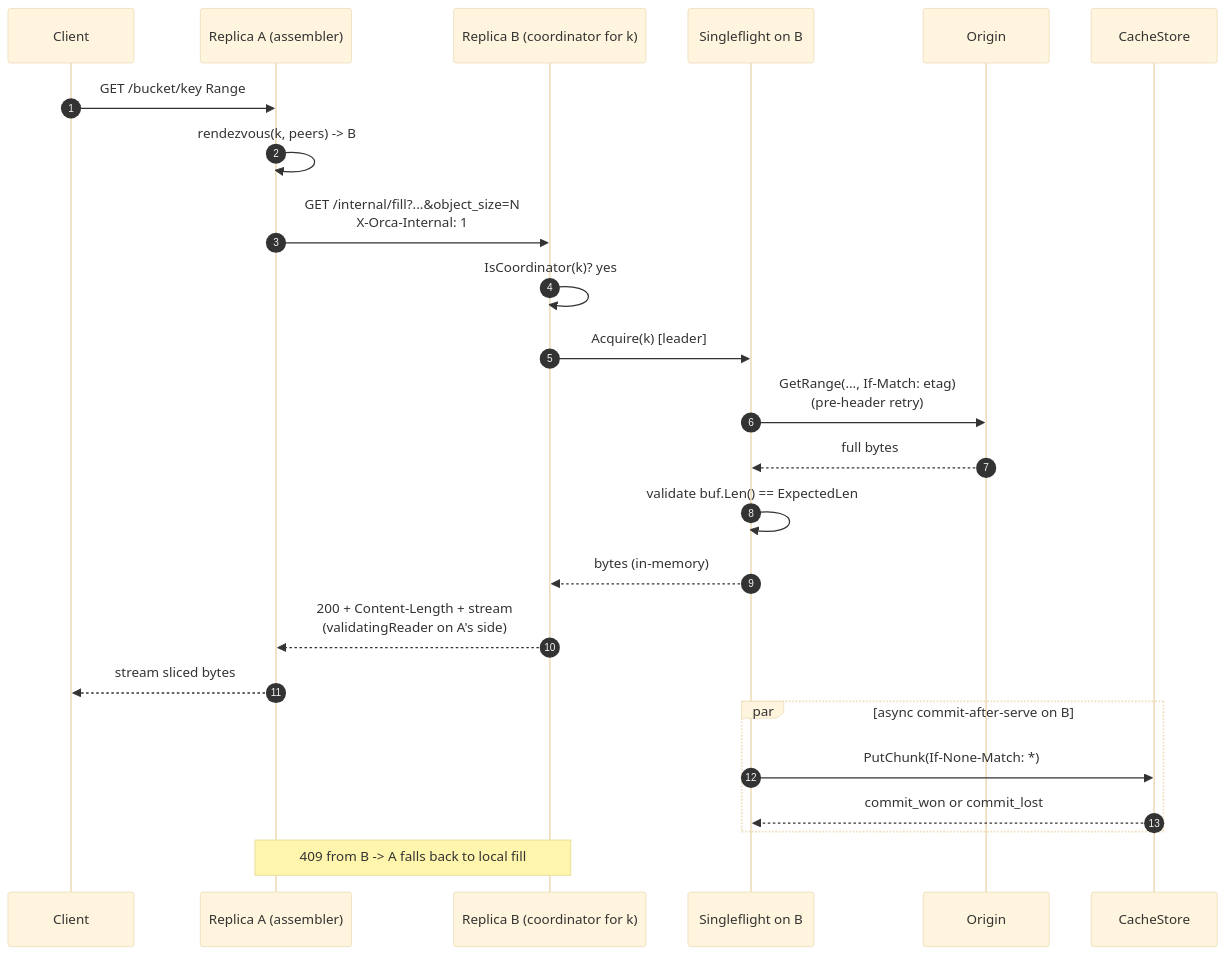
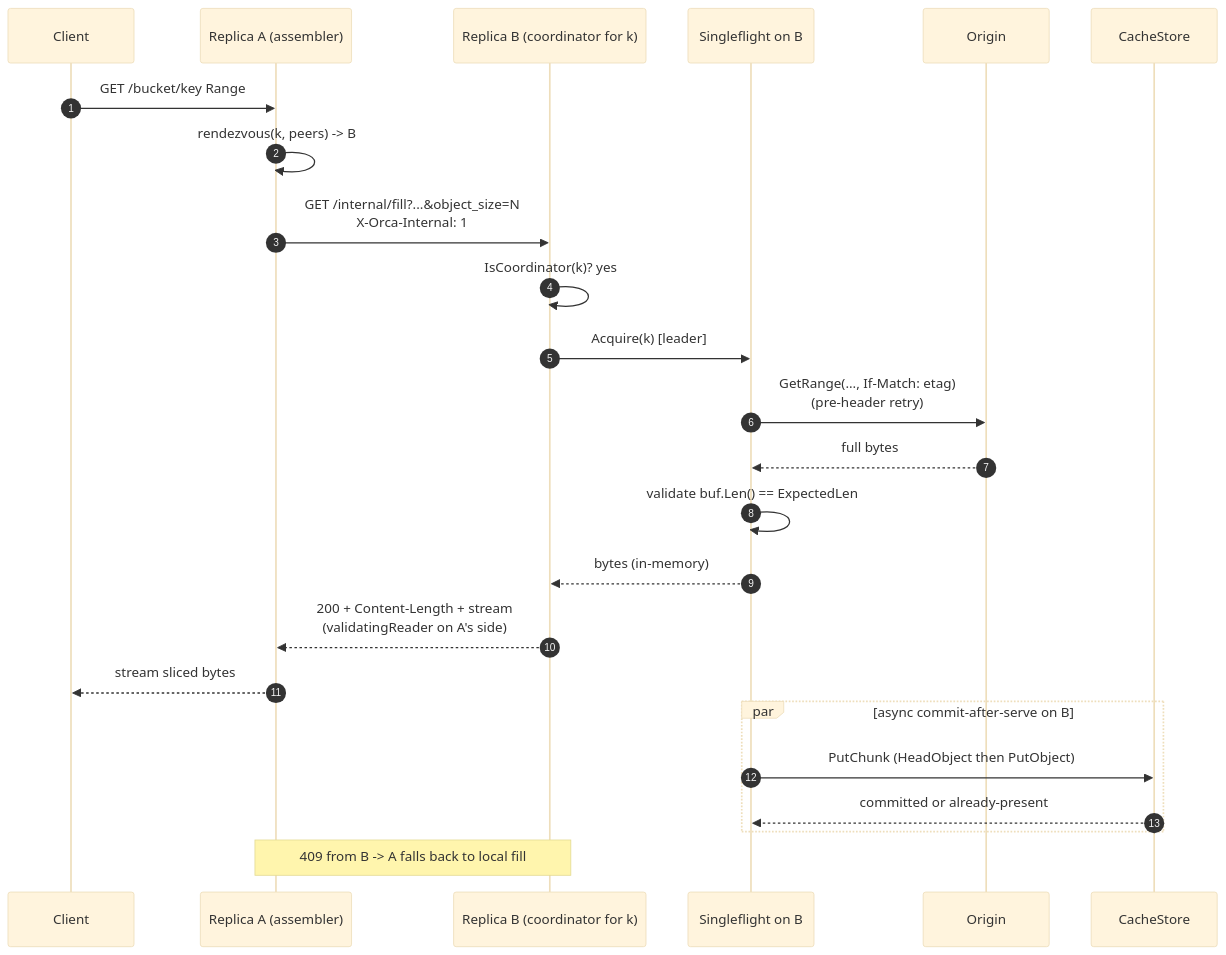
The fifth of 7 diagrams in designs/orca/design.md (Azure/unbounded), drawn with Mermaid (base theme) before and after one commit. The commit also changed other lines of this file and 1 other file, not shown here.

First line of the commit message:
docs(orca): update design + brief for stat-then-put commit

````diff
--- a/designs/orca/design.md
+++ b/designs/orca/design.md
@@ -707,26 +709,26 @@
 ```mermaid
 sequenceDiagram
     autonumber
     participant C as Client
     participant A as Replica A (assembler)
     participant B as Replica B (coordinator for k)
     participant SF as Singleflight on B
     participant O as Origin
     participant CS as CacheStore
     C->>A: GET /bucket/key Range
     A->>A: rendezvous(k, peers) -> B
     A->>B: GET /internal/fill?...&object_size=N<br/>X-Orca-Internal: 1
     B->>B: IsCoordinator(k)?  yes
     B->>SF: Acquire(k) [leader]
     SF->>O: GetRange(..., If-Match: etag)<br/>(pre-header retry)
     O-->>SF: full bytes
     SF->>SF: validate buf.Len() == ExpectedLen
     SF-->>B: bytes (in-memory)
     B-->>A: 200 + Content-Length + stream<br/>(validatingReader on A's side)
     A-->>C: stream sliced bytes
     par async commit-after-serve on B
-        SF->>CS: PutChunk(If-None-Match: *)
-        CS-->>SF: commit_won or commit_lost
+        SF->>CS: PutChunk (HeadObject then PutObject)
+        CS-->>SF: committed or already-present
     end
     Note over A,B: 409 from B -> A falls back to local fill
 ```
````
